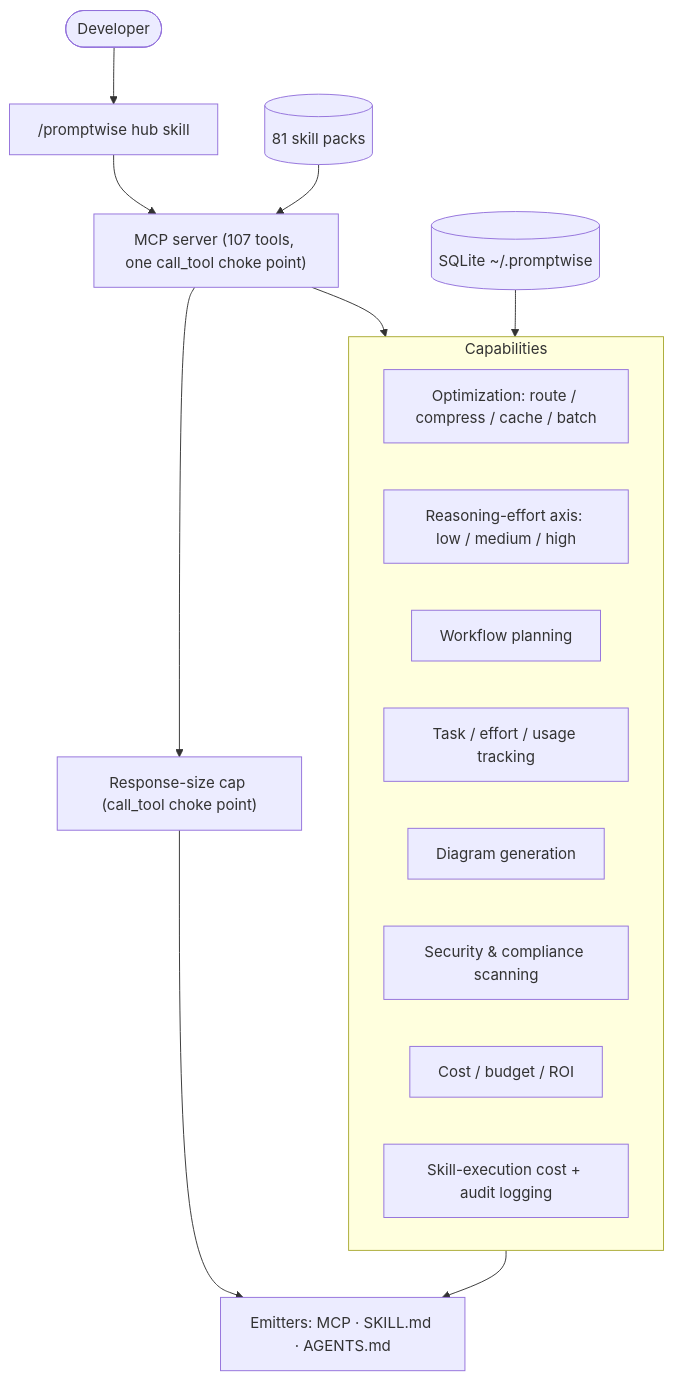
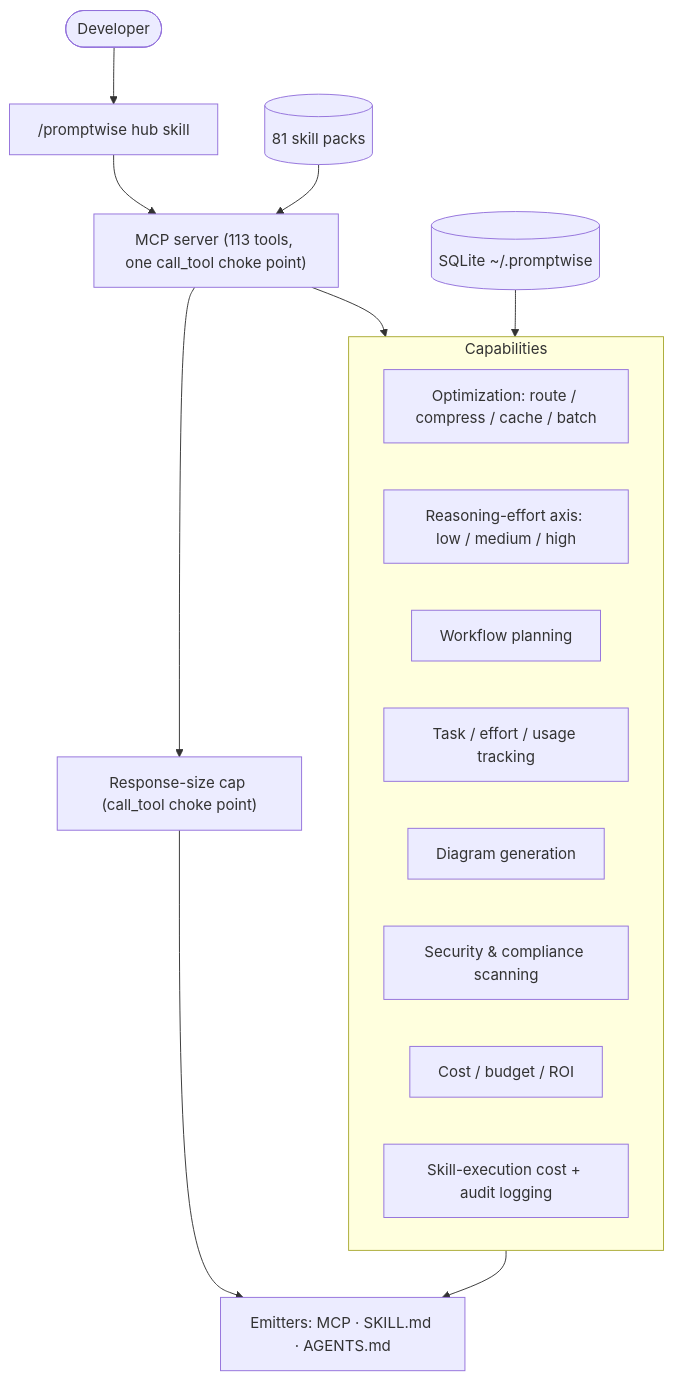
Before and after one commit to u2anilgit/PromptWise: the first of 6 diagrams in docs/ARCHITECTURE.md, drawn with Mermaid. The commit also changed 3 other files, not shown here.

````diff
--- a/docs/ARCHITECTURE.md
+++ b/docs/ARCHITECTURE.md
@@ -10,21 +10,21 @@
 ```mermaid
 flowchart TB
   dev([Developer]) --> hub["/promptwise hub skill"]
-  hub --> mcp["MCP server (107 tools, one call_tool choke point)"]
+  hub --> mcp["MCP server (113 tools, one call_tool choke point)"]
   subgraph Capabilities
     opt[Optimization: route / compress / cache / batch]
     effort[Reasoning-effort axis: low / medium / high]
     flow[Workflow planning]
     track[Task / effort / usage tracking]
     diag[Diagram generation]
     sec[Security & compliance scanning]
     cost[Cost / budget / ROI]
     skillaudit[Skill-execution cost + audit logging]
   end
   mcp --> Capabilities
   mcp --> cap["Response-size cap (call_tool choke point)"]
   cap --> emit["Emitters: MCP · SKILL.md · AGENTS.md"]
   Capabilities --> emit
   packs[("81 skill packs")] --> mcp
   store[("SQLite ~/.promptwise")] --> Capabilities
 ```
````
